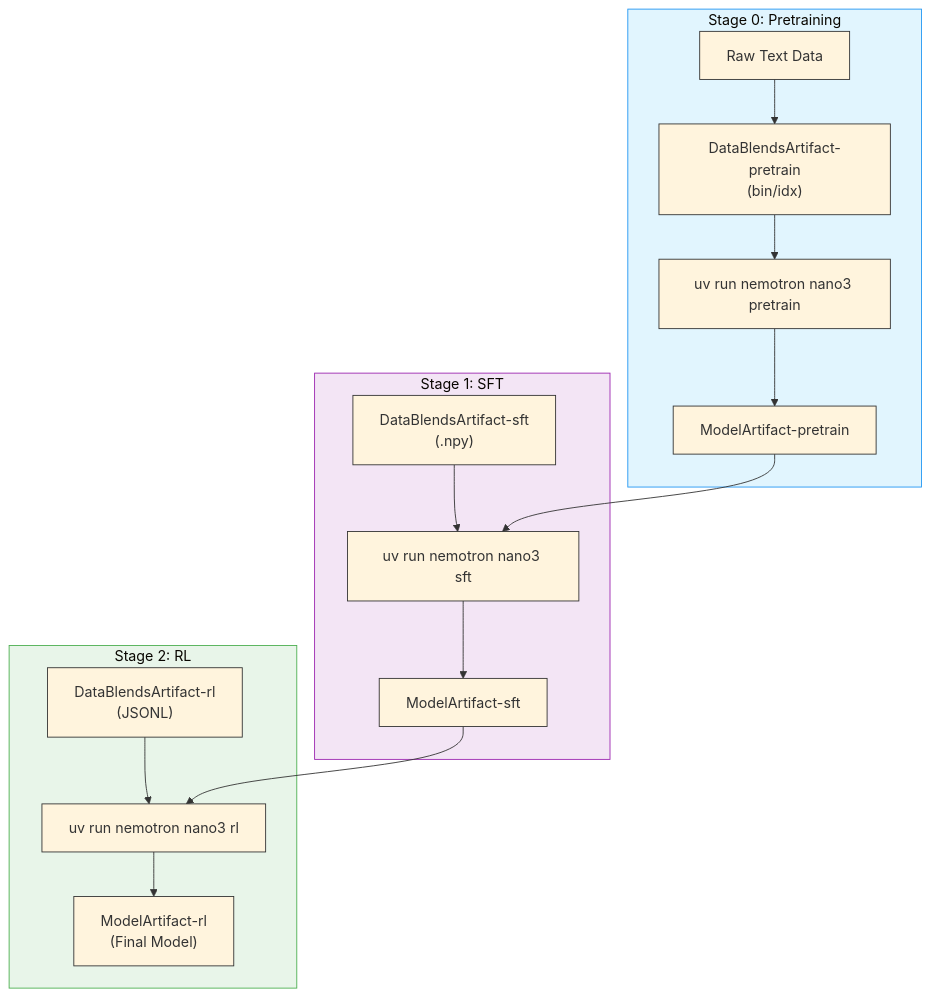
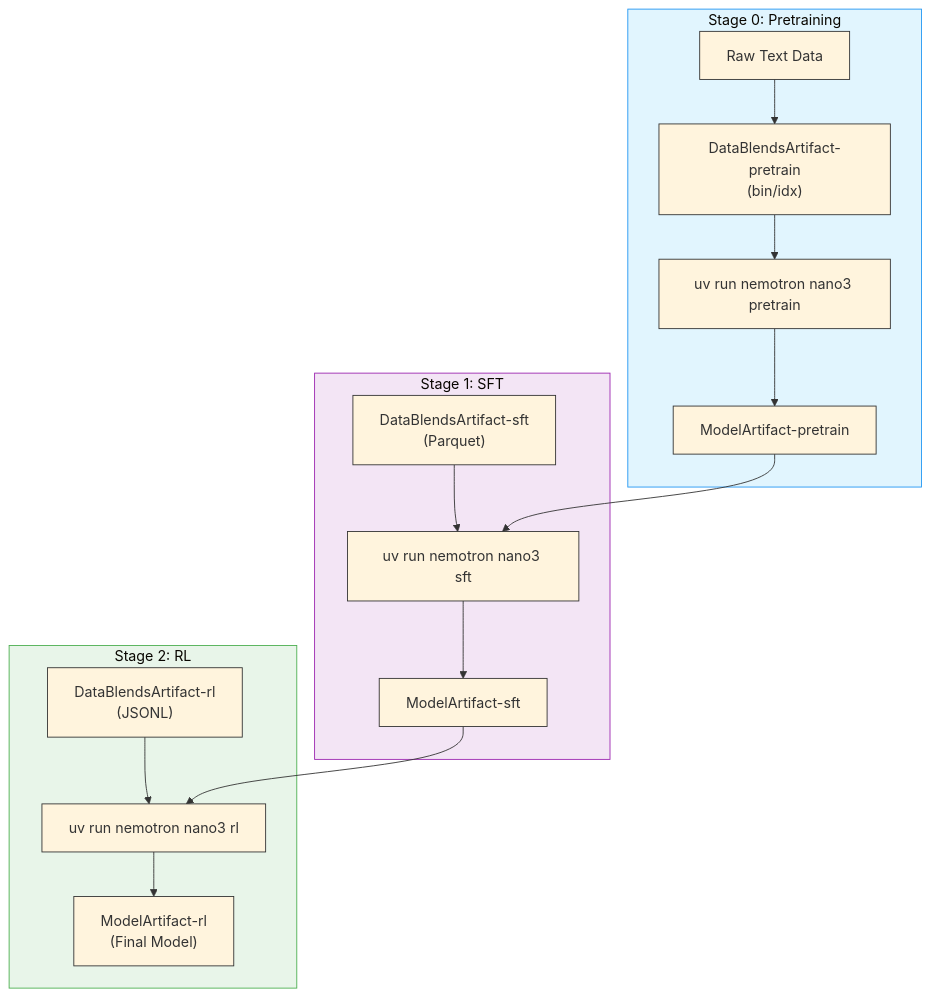
The diagram in docs/nemotron/nano3/README.md (akao47/Nemotron), drawn with Mermaid before and after one commit. The commit also changed other lines of this file and 21 other files, not shown here.

````diff
--- a/docs/nemotron/nano3/README.md
+++ b/docs/nemotron/nano3/README.md
@@ -144,25 +144,25 @@
 ```mermaid
 %%{init: {'theme': 'base', 'themeVariables': { 'primaryBorderColor': '#333333', 'lineColor': '#333333', 'primaryTextColor': '#333333', 'clusterBkg': '#ffffff', 'clusterBorder': '#333333'}}}%%
 flowchart TB
     subgraph pretrain["Stage 0: Pretraining"]
         raw["Raw Text Data"] --> data0["DataBlendsArtifact-pretrain<br/>(bin/idx)"]
         data0 --> cmd0["uv run nemotron nano3 pretrain"]
         cmd0 --> model0["ModelArtifact-pretrain"]
     end
 
     subgraph sft["Stage 1: SFT"]
-        data1["DataBlendsArtifact-sft<br/>(.npy)"] --> cmd1["uv run nemotron nano3 sft"]
+        data1["DataBlendsArtifact-sft<br/>(Parquet)"] --> cmd1["uv run nemotron nano3 sft"]
         model0 --> cmd1
         cmd1 --> model1["ModelArtifact-sft"]
     end
 
     subgraph rl["Stage 2: RL"]
         data2["DataBlendsArtifact-rl<br/>(JSONL)"] --> cmd2["uv run nemotron nano3 rl"]
         model1 --> cmd2
         cmd2 --> model2["ModelArtifact-rl<br/>(Final Model)"]
     end
 
     style pretrain fill:#e1f5fe,stroke:#2196f3
     style sft fill:#f3e5f5,stroke:#9c27b0
     style rl fill:#e8f5e9,stroke:#4caf50
 ```
````
